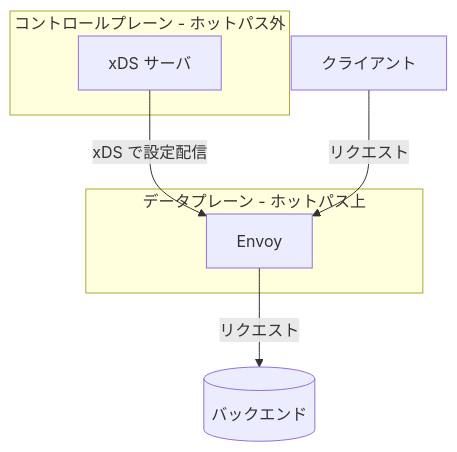
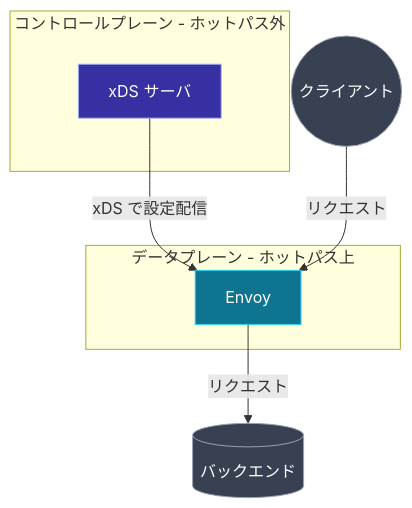
The first of 2 diagrams in docs/00-prerequisites/README.ja.md (0-draft/envoy-xds-deep-dive), drawn with Mermaid before and after one commit. The commit also changed other lines of this file and 27 other files, not shown here.

First line of the commit message:
docs: semantic color, distinct shapes, and a11y metadata for all mermaid diagrams

````diff
--- a/docs/00-prerequisites/README.ja.md
+++ b/docs/00-prerequisites/README.ja.md
@@ -45,11 +45,19 @@
 ```mermaid
 flowchart TB
+    accTitle: コントロールプレーンとデータプレーン
+    accDescr: コントロールプレーンの xDS サーバが xDS 経由で Envoy を設定する。ホットパス外だ。クライアントは Envoy を通してバックエンドへリクエストを送る。これはホットパス上。
     subgraph control[コントロールプレーン - ホットパス外]
         cp[xDS サーバ]
     end
     subgraph data[データプレーン - ホットパス上]
         envoy[Envoy]
     end
     cp -- "xDS で設定配信" --> envoy
-    client[クライアント] -- リクエスト --> envoy -- リクエスト --> backend[(バックエンド)]
+    client((クライアント)) -- リクエスト --> envoy -- リクエスト --> backend[(バックエンド)]
+    class cp cp
+    class envoy envoy
+    class client,backend ext
+    classDef cp fill:#3730a3,stroke:#a5b4fc,color:#fff
+    classDef envoy fill:#0e7490,stroke:#22d3ee,color:#fff
+    classDef ext fill:#374151,stroke:#9ca3af,color:#fff
 ```
````
